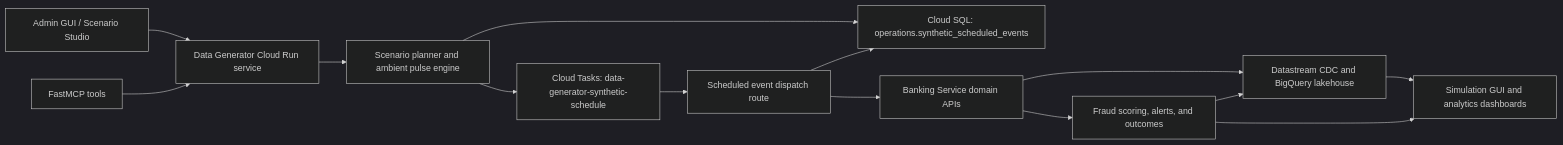
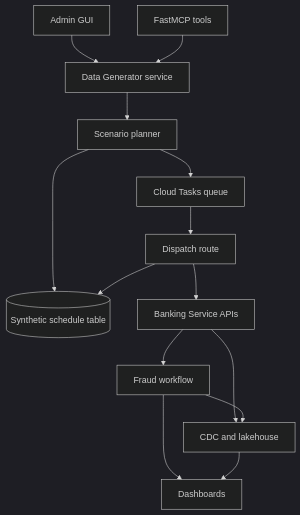
Before and after one commit to GoogleCloudPlatform/fsi-gecx-bundle: the diagram in docs/architecture/data-platform/data_generator_architecture.md, drawn with Mermaid (dark theme). The commit also changed other lines of this file and 1 other file, not shown here.

Commit message:
chore: polish data generator docs and terraform apply

````diff
--- a/docs/architecture/data-platform/data_generator_architecture.md
+++ b/docs/architecture/data-platform/data_generator_architecture.md
@@ -7,28 +9,28 @@
 ```mermaid
-flowchart LR
-    admin["Admin GUI / Scenario Studio"]
-    mcp["FastMCP tools"]
-    scheduler["Data Generator Cloud Run service"]
-    planner["Scenario planner and ambient pulse engine"]
-    db["Cloud SQL: operations.synthetic_scheduled_events"]
-    tasks["Cloud Tasks: data-generator-synthetic-schedule"]
-    dispatch["Scheduled event dispatch route"]
-    banking["Banking Service domain APIs"]
-    fraud["Fraud scoring, alerts, and outcomes"]
-    cdc["Datastream CDC and BigQuery lakehouse"]
-    dashboard["Simulation GUI and analytics dashboards"]
+flowchart TD
+    admin[Admin GUI]
+    mcp[FastMCP tools]
+    datagen[Data Generator service]
+    planner[Scenario planner]
+    schedule[(Synthetic schedule table)]
+    tasks[Cloud Tasks queue]
+    dispatch[Dispatch route]
+    banking[Banking Service APIs]
+    fraud[Fraud workflow]
+    lakehouse[CDC and lakehouse]
+    dashboard[Dashboards]
 
-    admin --> scheduler
-    mcp --> scheduler
-    scheduler --> planner
-    planner --> db
+    admin --> datagen
+    mcp --> datagen
+    datagen --> planner
+    planner --> schedule
     planner --> tasks
     tasks --> dispatch
-    dispatch --> db
+    dispatch --> schedule
     dispatch --> banking
     banking --> fraud
-    banking --> cdc
-    fraud --> cdc
-    cdc --> dashboard
+    banking --> lakehouse
+    fraud --> lakehouse
     fraud --> dashboard
+    lakehouse --> dashboard
 ```
````
